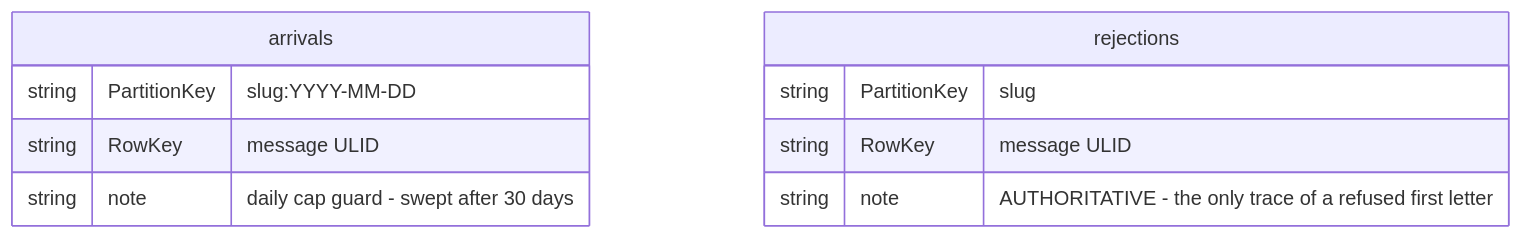
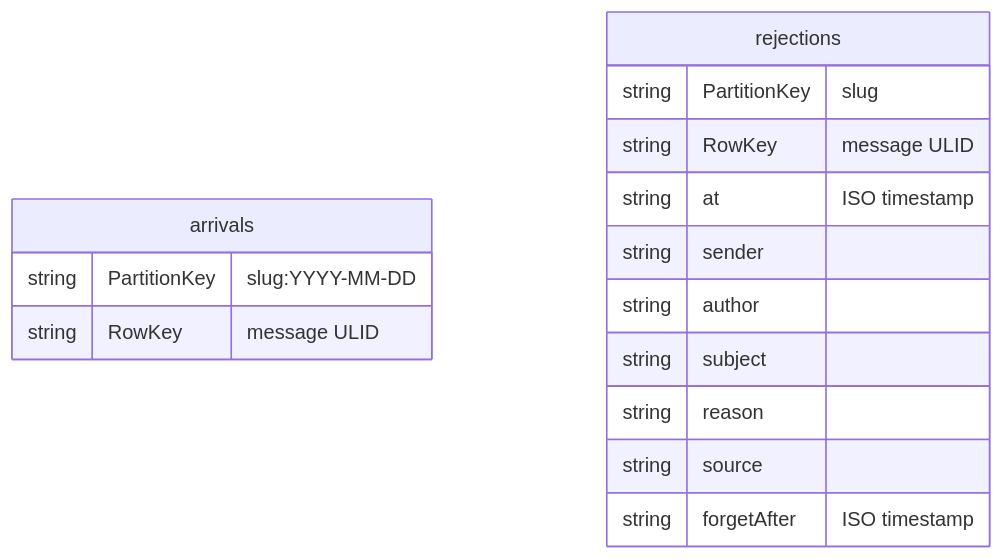
Diagram 13 of 18 in docs/architecture.md (kurtzeborn/mission-journal), drawn with Mermaid before and after one commit. The commit also changed other lines of this file, not shown here.

First line of the commit message:
Clarify table architecture diagrams

````diff
--- a/docs/architecture.md
+++ b/docs/architecture.md
@@ -255,13 +332,18 @@
 ```mermaid
 erDiagram
     arrivals {
         string PartitionKey "slug:YYYY-MM-DD"
         string RowKey "message ULID"
-        string note "daily cap guard - swept after 30 days"
     }
     rejections {
         string PartitionKey "slug"
         string RowKey "message ULID"
-        string note "AUTHORITATIVE - the only trace of a refused first letter"
+        string at "ISO timestamp"
+        string sender
+        string author
+        string subject
+        string reason
+        string source
+        string forgetAfter "ISO timestamp"
     }
 ```
````
